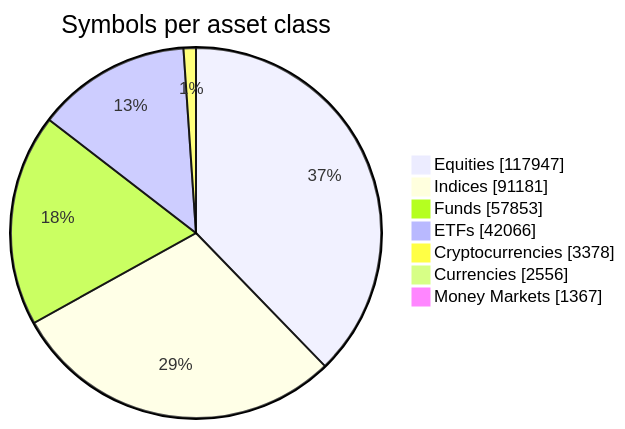
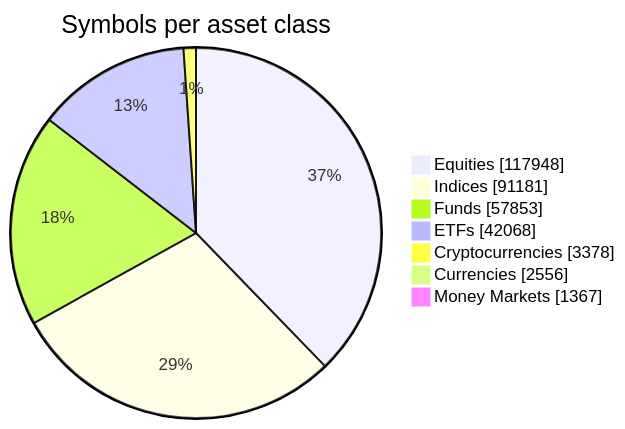
The diagram in README.md (JerBouma/FinanceDatabase), drawn with Mermaid before and after one commit. The commit also changed other lines of this file, not shown here.

````diff
--- a/README.md
+++ b/README.md
@@ -46,11 +46,11 @@
 ```mermaid
 pie showData
     title Symbols per asset class
-    "Equities" : 117947
+    "Equities" : 117948
     "Indices" : 91181
     "Funds" : 57853
-    "ETFs" : 42066
+    "ETFs" : 42068
     "Cryptocurrencies" : 3378
     "Currencies" : 2556
     "Money Markets" : 1367
 ```
````
